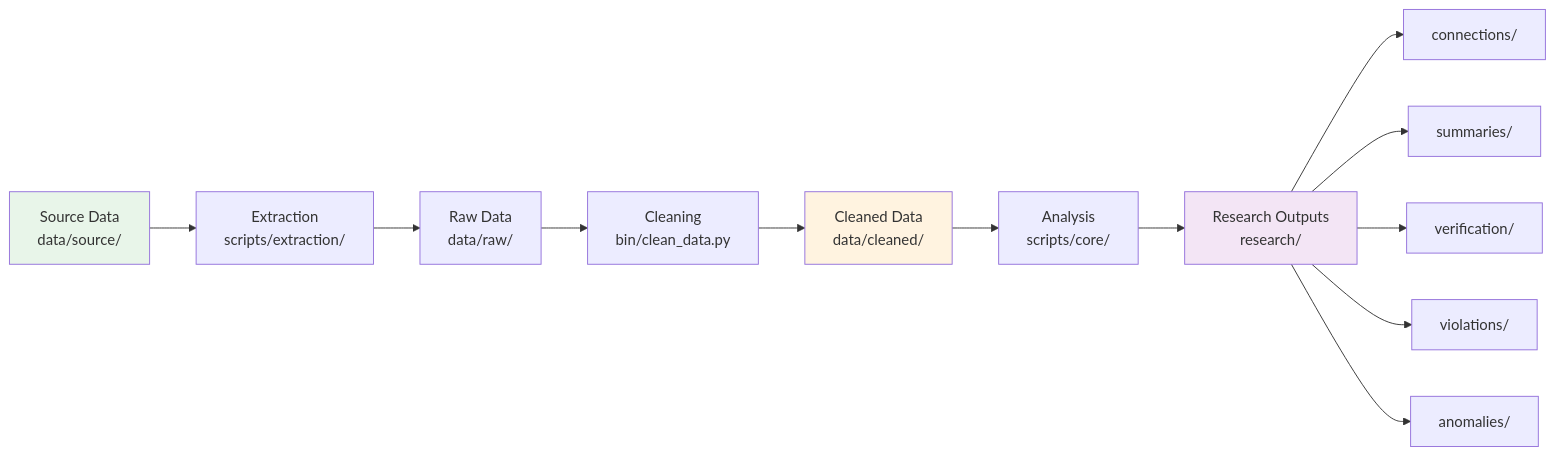
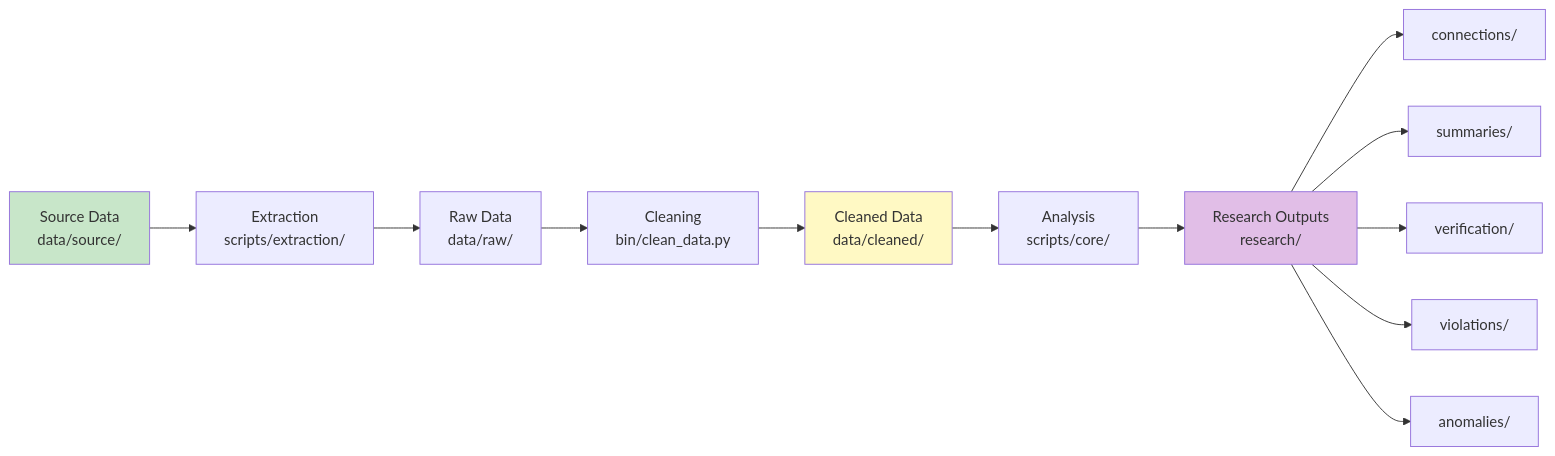
Before and after one commit to 1digitaldesign/kettler-data-analysis: the second of 3 diagrams in docs/SYSTEM_ANALYST_GUIDE.md, drawn with Mermaid. The commit also changed other lines of this file and 16 other files, not shown here.

First line of the commit message:
Refactor all diagrams with pastel color scheme and add new diagrams

````diff
--- a/docs/SYSTEM_ANALYST_GUIDE.md
+++ b/docs/SYSTEM_ANALYST_GUIDE.md
@@ -71,18 +71,18 @@
 ```mermaid
 flowchart LR
     A[Source Data<br/>data/source/] --> B[Extraction<br/>scripts/extraction/]
     B --> C[Raw Data<br/>data/raw/]
     C --> D[Cleaning<br/>bin/clean_data.py]
     D --> E[Cleaned Data<br/>data/cleaned/]
     E --> F[Analysis<br/>scripts/core/]
     F --> G[Research Outputs<br/>research/]
     G --> H[connections/]
     G --> I[summaries/]
     G --> J[verification/]
     G --> K[violations/]
     G --> L[anomalies/]
 
-    style A fill:#e8f5e9
-    style E fill:#fff3e0
-    style G fill:#f3e5f5
+    style A fill:#C8E6C9
+    style E fill:#FFF9C4
+    style G fill:#E1BEE7
 ```
````
